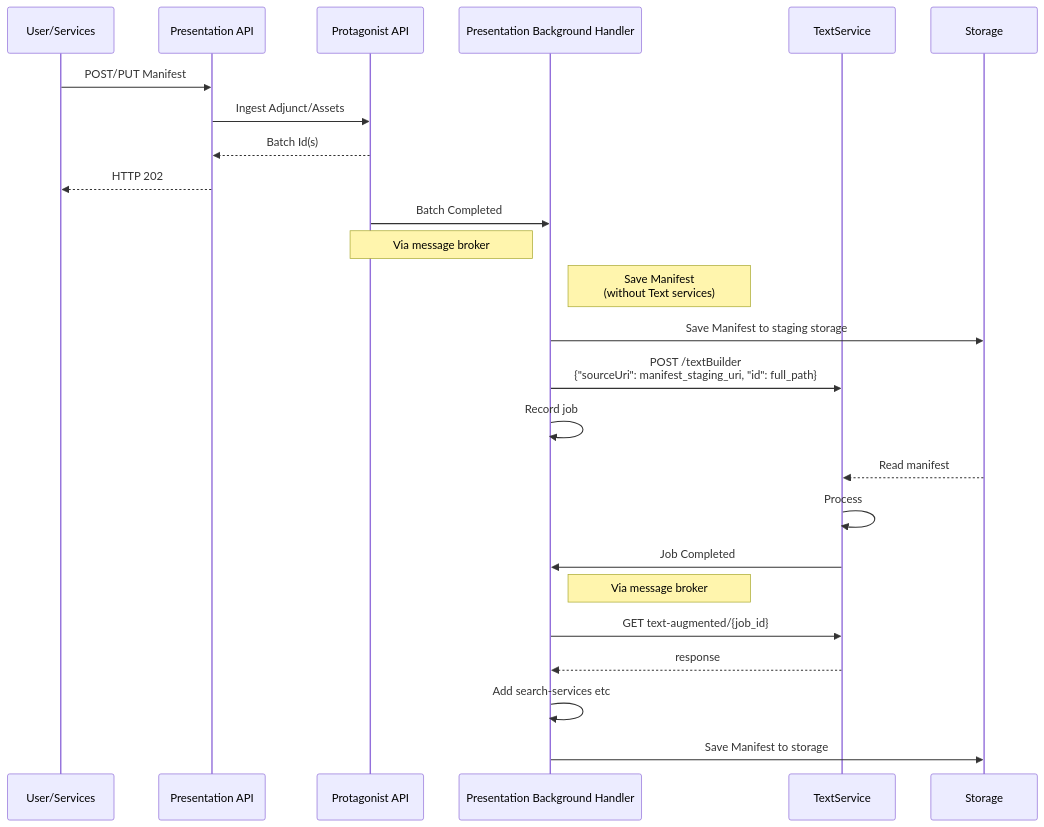
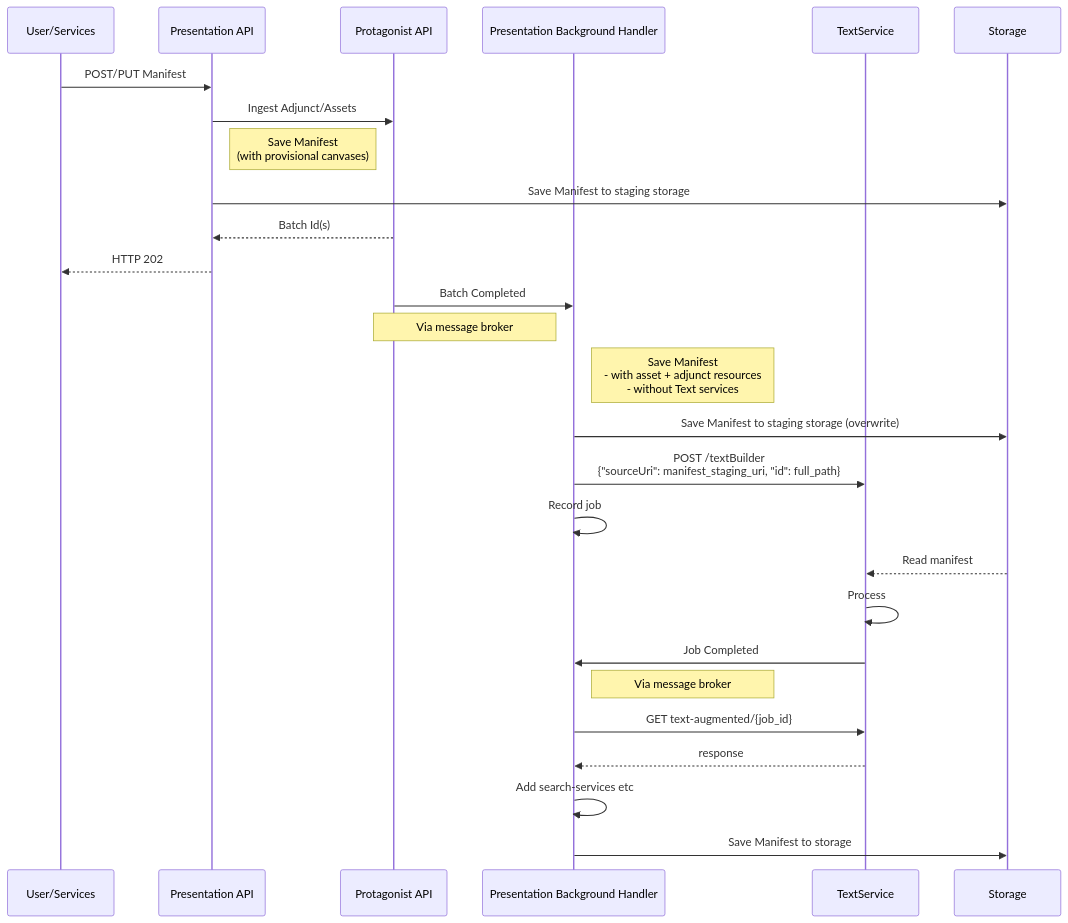
Before and after one commit to dlcs/iiif-presentation: the first of 3 diagrams in docs/rfcs/0007-text-services.md, drawn with Mermaid. The commit also changed other lines of this file, not shown here.

Commit message:
Update text-services RFC

````diff
--- a/docs/rfcs/0007-text-services.md
+++ b/docs/rfcs/0007-text-services.md
@@ -108,28 +108,30 @@
 ```mermaid
 sequenceDiagram
     participant U as User/Services
     participant PA as Presentation API
     participant PR as Protagonist API
     participant PBH as Presentation Background Handler
     participant TS as TextService
     participant S3 as Storage
 
     U->>PA: POST/PUT Manifest
     PA->>PR: Ingest Adjunct/Assets
+    note right of PA: Save Manifest<br>(with provisional canvases)
+    PA->>S3: Save Manifest to staging storage
     PR-->>PA: Batch Id(s)
     PA-->>U: HTTP 202
     PR->>PBH: Batch Completed
     note left of PBH: Via message broker
-    note right of PBH: Save Manifest<br>(without Text services)
-    PBH->>S3: Save Manifest to staging storage
+    note right of PBH: Save Manifest<br>- with asset + adjunct resources<br>- without Text services
+    PBH->>S3: Save Manifest to staging storage (overwrite)
     PBH->>TS: POST /textBuilder<br> {"sourceUri": manifest_staging_uri, "id": full_path}
     PBH->>PBH: Record job
     S3-->>TS: Read manifest
     TS->>TS: Process
     TS->>PBH: Job Completed
     note right of PBH: Via message broker
     PBH->>TS: GET text-augmented/{job_id}
     TS-->>PBH: response
     PBH->>PBH: Add search-services etc
     PBH->>S3: Save Manifest to storage
 ```
````
